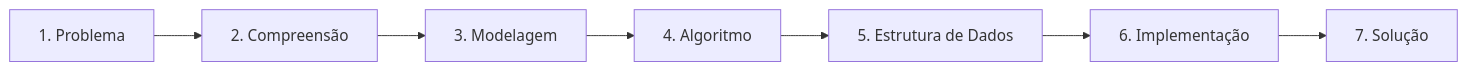
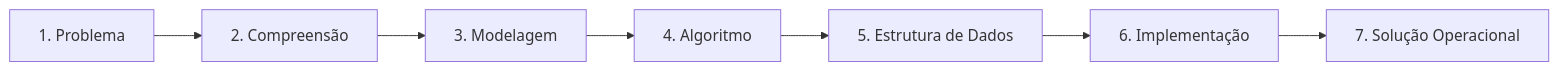
Before and after one commit to murilolol/unifef: the fourth of 26 diagrams in 4º Semestre/[Prof. Wesley Soares] Estrutura de Dados I/Resumos-IA/Simulados-Comentados.md, drawn with Mermaid. The commit also changed other lines of this file and 58 other files, not shown here.

````diff
--- a/4º Semestre/[Prof. Wesley Soares] Estrutura de Dados I/Resumos-IA/Simulados-Comentados.md
+++ b/4º Semestre/[Prof. Wesley Soares] Estrutura de Dados I/Resumos-IA/Simulados-Comentados.md
@@ -312,9 +228,9 @@
 ```mermaid
 flowchart LR
-  P["1. Problema"] --> C["2. Compreensão"]
-  C --> M["3. Modelagem"]
-  M --> A["4. Algoritmo"]
-  A --> E["5. Estrutura de Dados"]
-  E --> I["6. Implementação"]
-  I --> S["7. Solução"]
+    P["1. Problema"] --> C["2. Compreensão"]
+    C --> M["3. Modelagem"]
+    M --> A["4. Algoritmo"]
+    A --> ED["5. Estrutura de Dados"]
+    ED --> I["6. Implementação"]
+    I --> S["7. Solução Operacional"]
 ```
````
